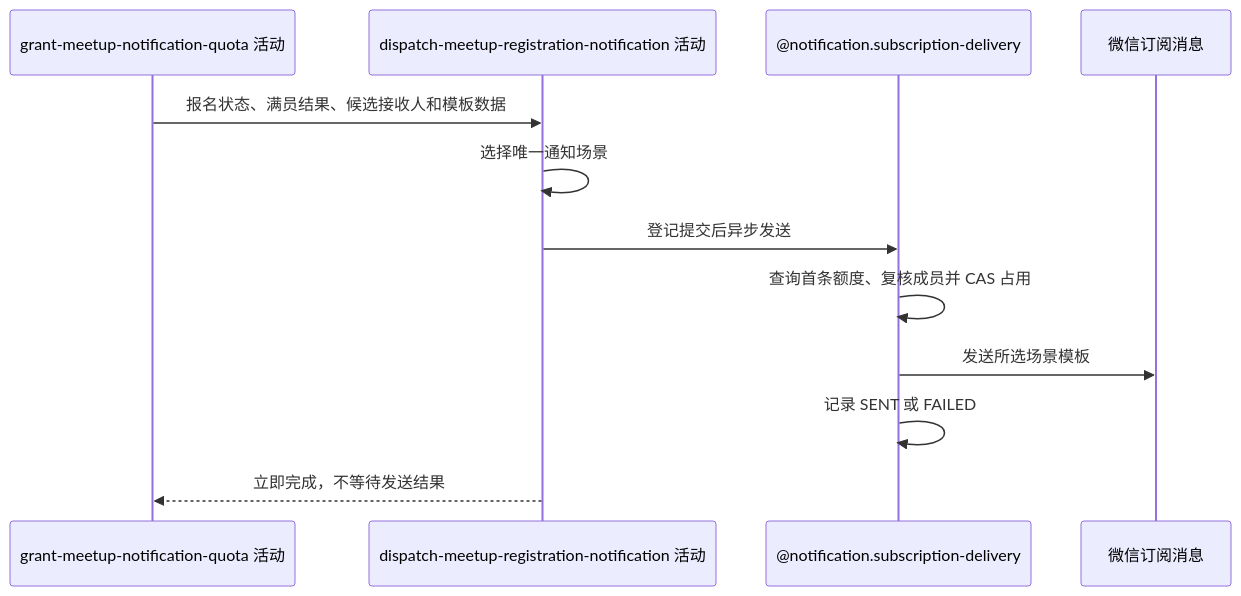
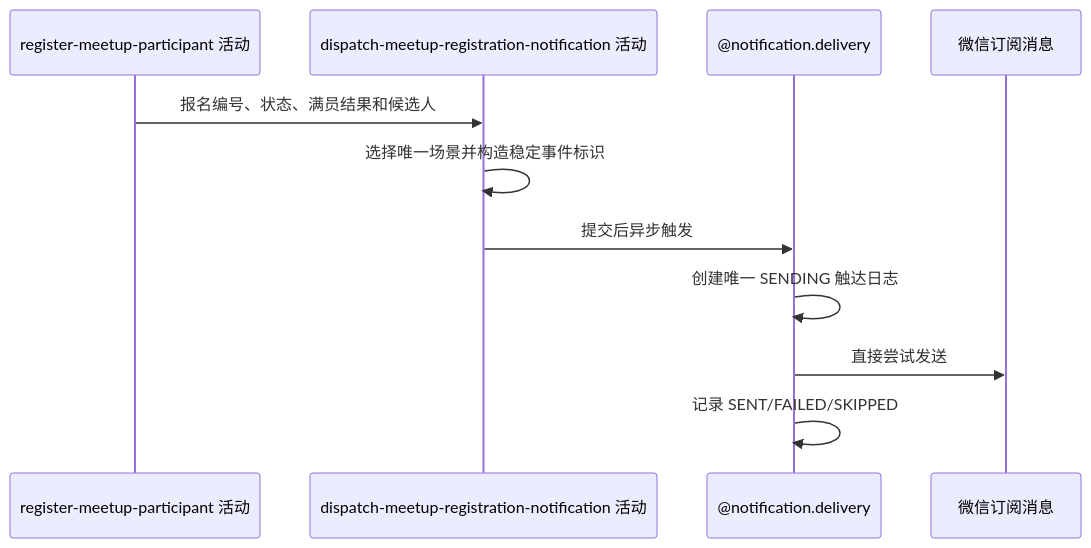
One commit to chxt100016/Rally changed the diagram in blueprint/spec/meetup/meetup-join/dispatch-meetup-registration-notification/activity.md. Above: the diagram before and after it, drawn with Mermaid. The commit also changed other lines of this file and 170 other files, not shown here.

````diff
--- a/blueprint/spec/meetup/meetup-join/dispatch-meetup-registration-notification/activity.md
+++ b/blueprint/spec/meetup/meetup-join/dispatch-meetup-registration-notification/activity.md
@@ -14,14 +14,13 @@
 ```mermaid
 sequenceDiagram
-    participant G as grant-meetup-notification-quota 活动
+    participant R as register-meetup-participant 活动
     participant A as dispatch-meetup-registration-notification 活动
-    participant N as @notification.subscription-delivery
+    participant N as @notification.delivery
     participant W as 微信订阅消息
-    G->>A: 报名状态、满员结果、候选接收人和模板数据
-    A->>A: 选择唯一通知场景
-    A->>N: 登记提交后异步发送
-    N->>N: 查询首条额度、复核成员并 CAS 占用
-    N->>W: 发送所选场景模板
-    N->>N: 记录 SENT 或 FAILED
-    A-->>G: 立即完成，不等待发送结果
+    R->>A: 报名编号、状态、满员结果和候选人
+    A->>A: 选择唯一场景并构造稳定事件标识
+    A->>N: 提交后异步触发
+    N->>N: 创建唯一 SENDING 触达日志
+    N->>W: 直接尝试发送
+    N->>N: 记录 SENT/FAILED/SKIPPED
 ```
````
